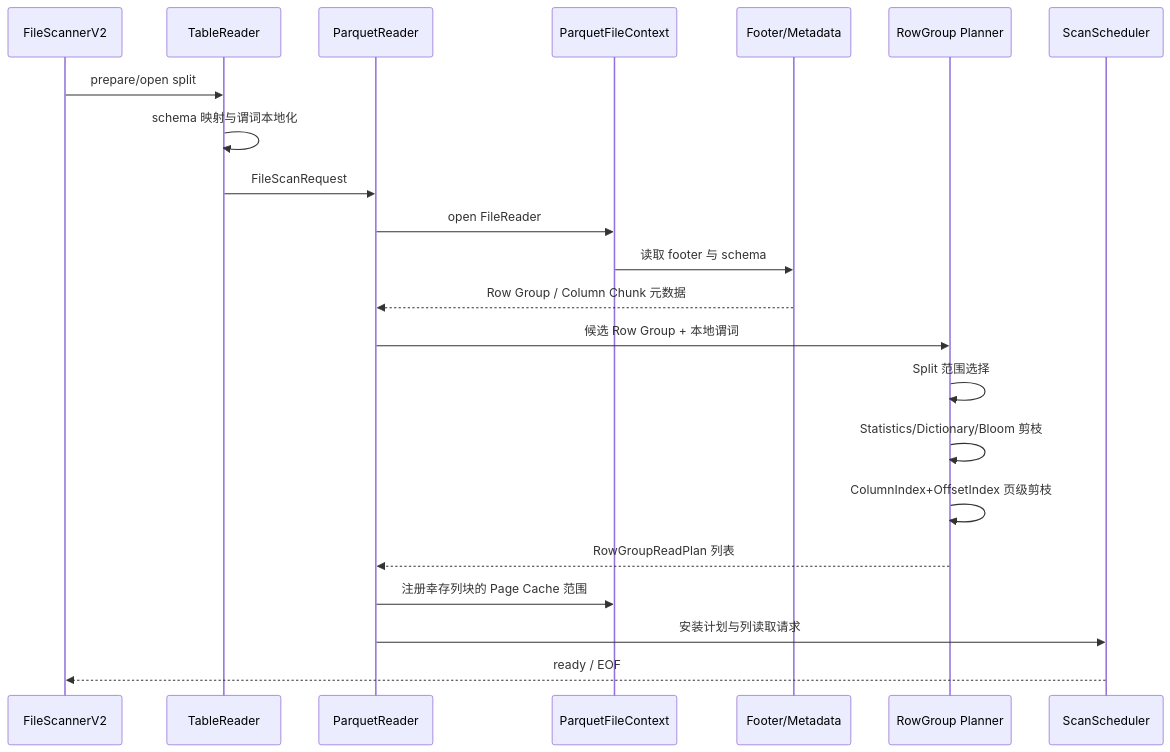
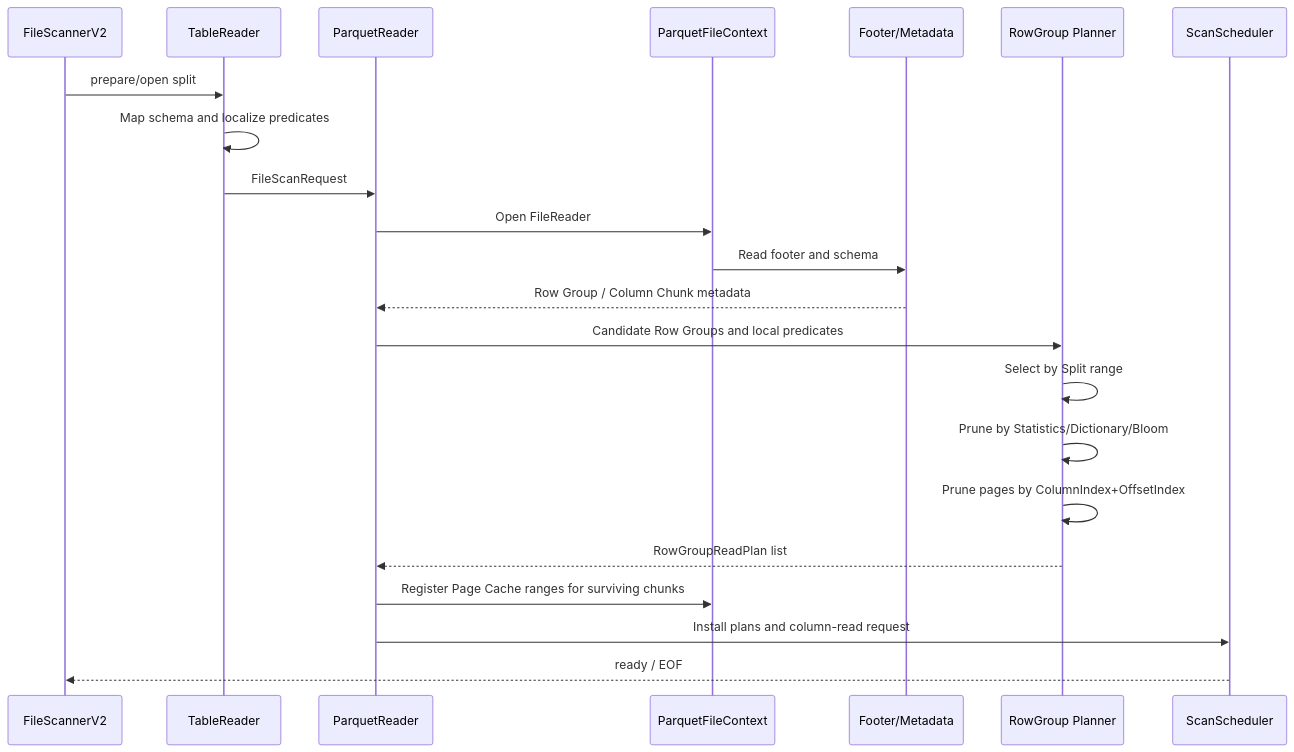
The second of 13 diagrams in docs/file-scanner-v2-parquet-scan-design.md (apache/doris), drawn with Mermaid before and after one commit. The commit also changed other lines of this file and 1 other file, not shown here.

````diff
--- a/docs/file-scanner-v2-parquet-scan-design.md
+++ b/docs/file-scanner-v2-parquet-scan-design.md
@@ -56,24 +66,24 @@
 ```mermaid
 sequenceDiagram
   participant FS as FileScannerV2
   participant TR as TableReader
   participant PR as ParquetReader
   participant FC as ParquetFileContext
   participant META as Footer/Metadata
   participant PLAN as RowGroup Planner
   participant SCH as ScanScheduler
   FS->>TR: prepare/open split
-  TR->>TR: schema 映射与谓词本地化
+  TR->>TR: Map schema and localize predicates
   TR->>PR: FileScanRequest
-  PR->>FC: open FileReader
-  FC->>META: 读取 footer 与 schema
-  META-->>PR: Row Group / Column Chunk 元数据
-  PR->>PLAN: 候选 Row Group + 本地谓词
-  PLAN->>PLAN: Split 范围选择
-  PLAN->>PLAN: Statistics/Dictionary/Bloom 剪枝
-  PLAN->>PLAN: ColumnIndex+OffsetIndex 页级剪枝
-  PLAN-->>PR: RowGroupReadPlan 列表
-  PR->>FC: 注册幸存列块的 Page Cache 范围
-  PR->>SCH: 安装计划与列读取请求
+  PR->>FC: Open FileReader
+  FC->>META: Read footer and schema
+  META-->>PR: Row Group / Column Chunk metadata
+  PR->>PLAN: Candidate Row Groups and local predicates
+  PLAN->>PLAN: Select by Split range
+  PLAN->>PLAN: Prune by Statistics/Dictionary/Bloom
+  PLAN->>PLAN: Prune pages by ColumnIndex+OffsetIndex
+  PLAN-->>PR: RowGroupReadPlan list
+  PR->>FC: Register Page Cache ranges for surviving chunks
+  PR->>SCH: Install plans and column-read request
   SCH-->>FS: ready / EOF
 ```
````
